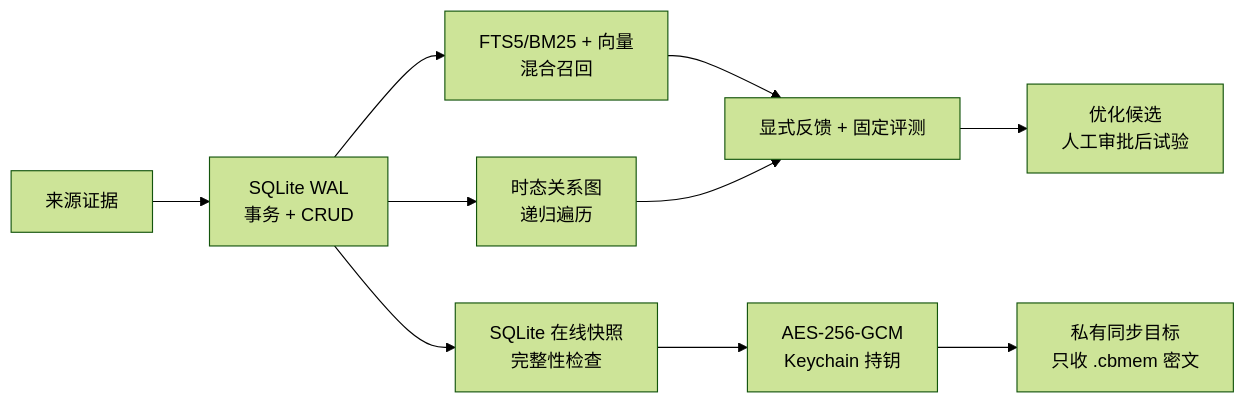
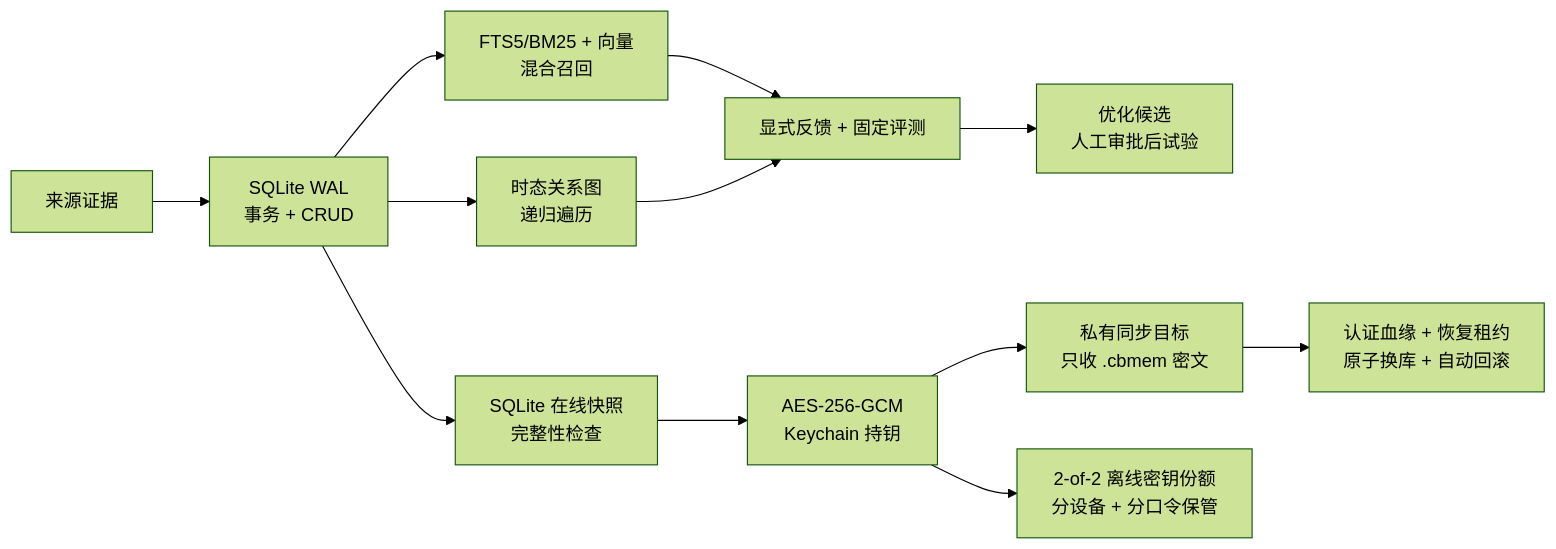
One commit to liuanye9-lab/codex-os-brain changed diagram 20 of 27 in README.md. Above: the diagram before and after it, drawn with Mermaid (forest theme). The commit also changed other lines of this file and 17 other files, not shown here.

````diff
--- a/README.md
+++ b/README.md
@@ -647,12 +647,14 @@
 ```mermaid
 flowchart LR
   Source["来源证据"] --> SQL["SQLite WAL<br/>事务 + CRUD"]
   SQL --> Hybrid["FTS5/BM25 + 向量<br/>混合召回"]
   SQL --> Graph["时态关系图<br/>递归遍历"]
   Hybrid --> Feedback["显式反馈 + 固定评测"]
   Graph --> Feedback
   Feedback --> Candidate["优化候选<br/>人工审批后试验"]
   SQL --> Snapshot["SQLite 在线快照<br/>完整性检查"]
   Snapshot --> AES["AES-256-GCM<br/>Keychain 持钥"]
   AES --> Remote["私有同步目标<br/>只收 .cbmem 密文"]
+  AES --> Split["2-of-2 离线密钥份额<br/>分设备 + 分口令保管"]
+  Remote --> Restore["认证血缘 + 恢复租约<br/>原子换库 + 自动回滚"]
 ```
````
